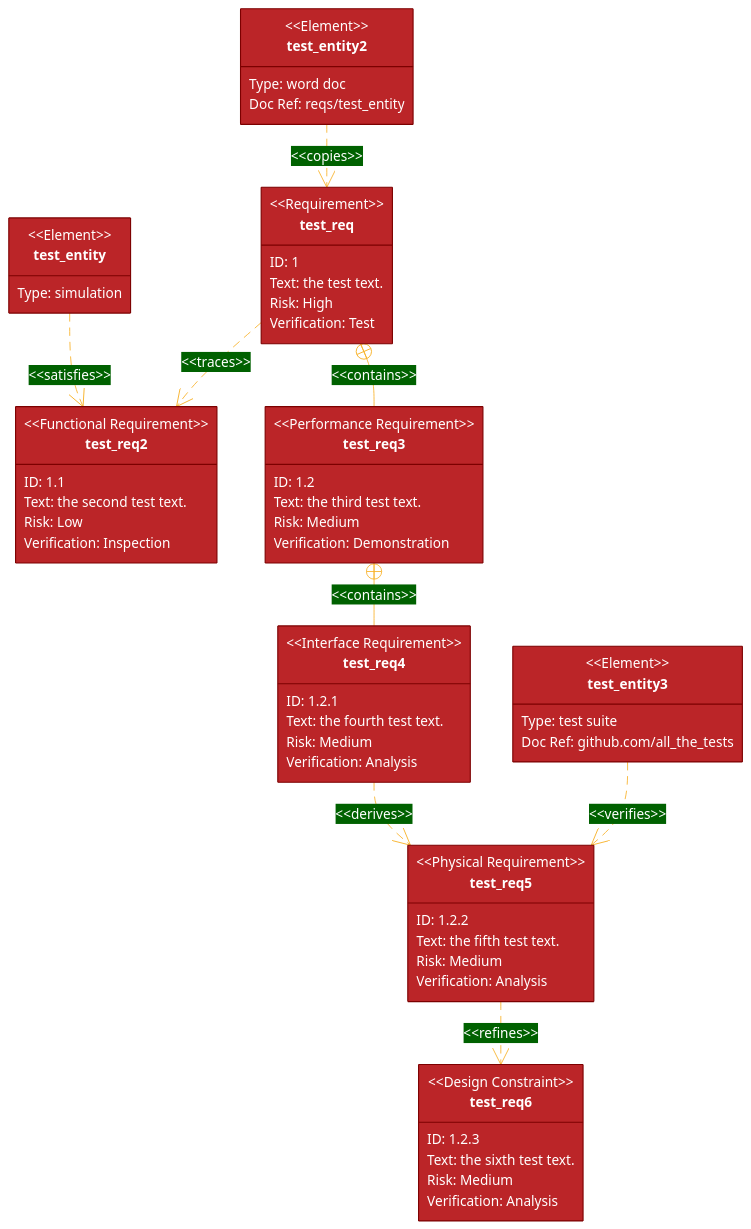
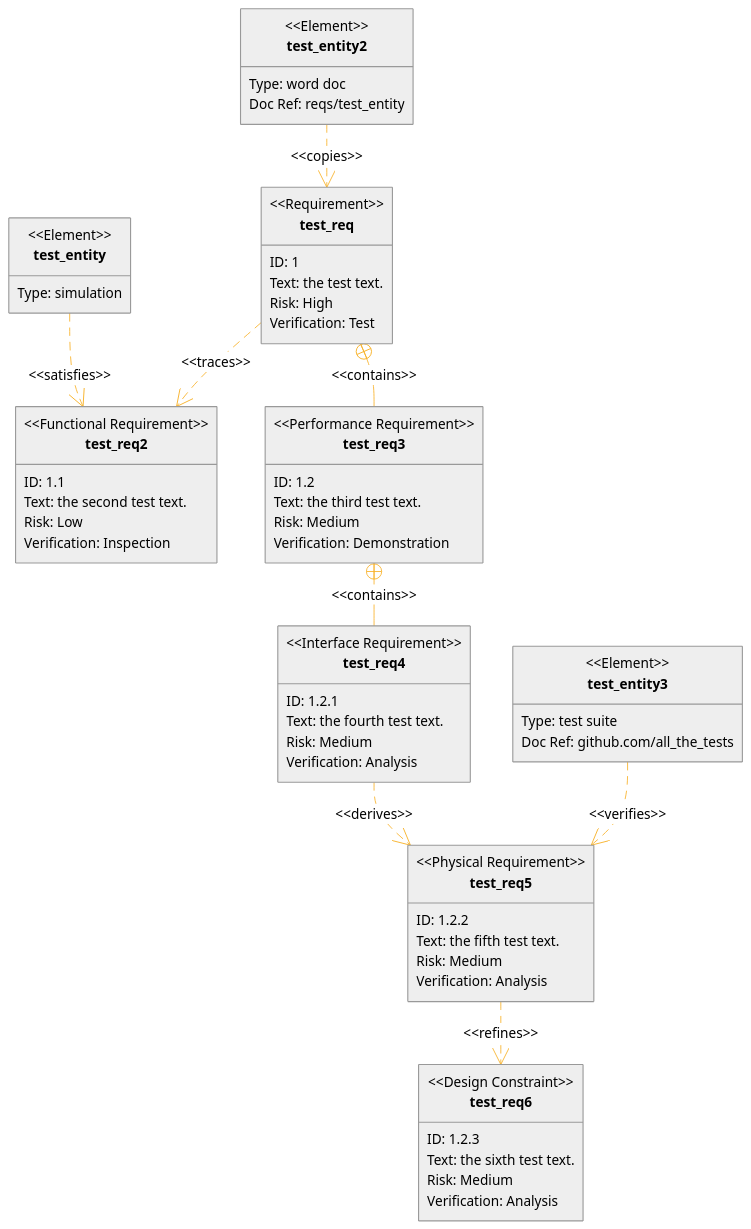
Before and after one commit to ShareMyWebStuff/mermaid-presentation: the diagram in 9-REQUIREMENT.md, drawn with Mermaid. The commit also changed 3 other files, not shown here.

````diff
--- a/9-REQUIREMENT.md
+++ b/9-REQUIREMENT.md
@@ -76,7 +76,7 @@
 ```mermaid
 %%{
   init: {
-    'theme': 'base',
+    'theme': 'neutral',
     'themeVariables': {
       'primaryColor': '#BB2528',
       'primaryTextColor': '#fff',
````
